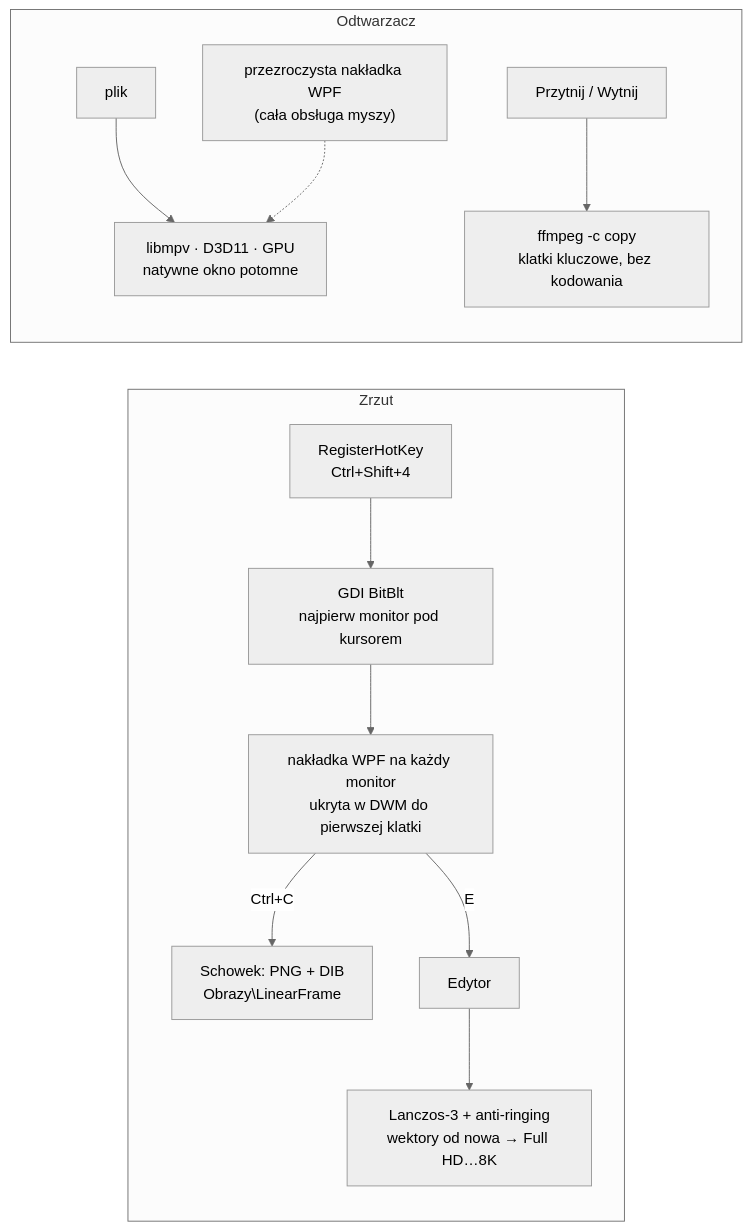
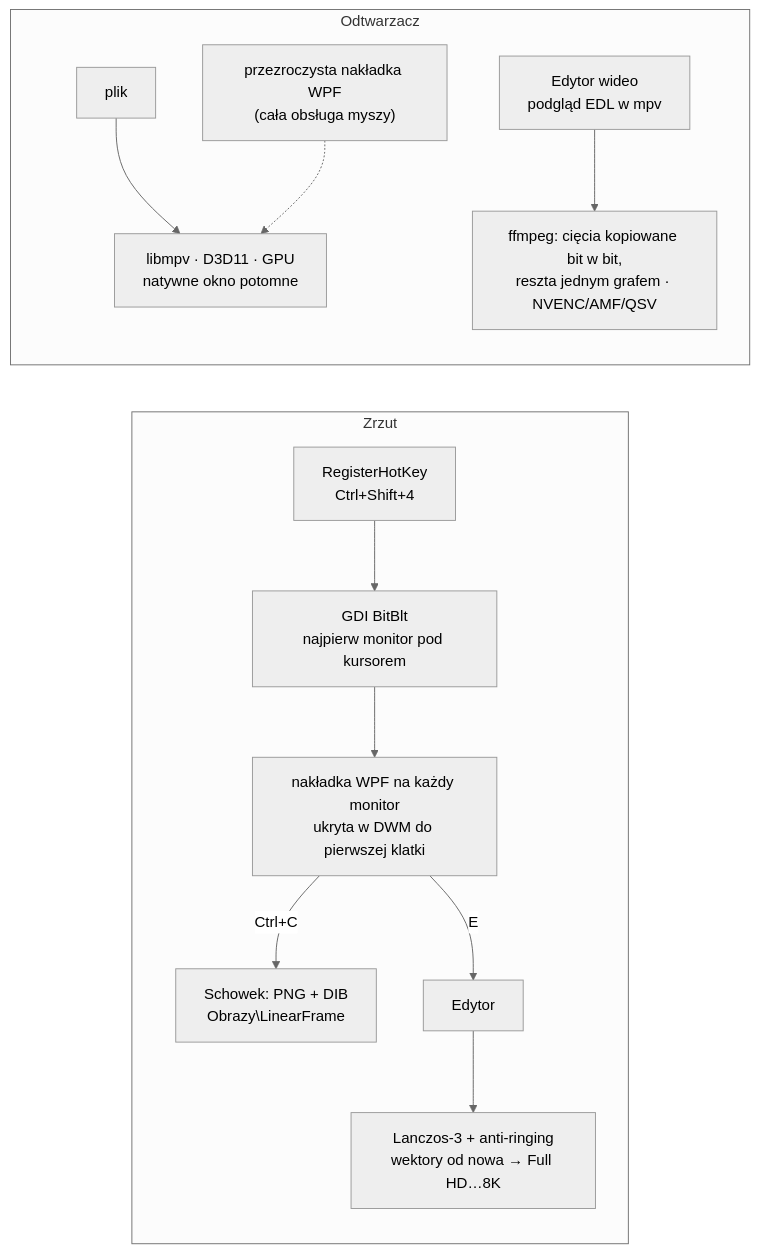
Before and after one commit to striktooo/LinearFrame: the diagram in README.pl.md, drawn with Mermaid (neutral theme). The commit also changed other lines of this file and 44 other files, not shown here.

````diff
--- a/README.pl.md
+++ b/README.pl.md
@@ -125,15 +146,15 @@
 ```mermaid
 flowchart LR
     subgraph Zrzut
       HK["RegisterHotKey<br/>Ctrl+Shift+4"] --> BB["GDI BitBlt<br/>najpierw monitor pod kursorem"]
       BB --> OV["nakładka WPF na każdy monitor<br/>ukryta w DWM do pierwszej klatki"]
       OV -- "Ctrl+C" --> OUT["Schowek: PNG + DIB<br/>Obrazy\LinearFrame"]
       OV -- "E" --> ED["Edytor"]
       ED --> EX["Lanczos-3 + anti-ringing<br/>wektory od nowa → Full HD…8K"]
     end
     subgraph Odtwarzacz
       F["plik"] --> MPV["libmpv · D3D11 · GPU<br/>natywne okno potomne"]
       UI["przezroczysta nakładka WPF<br/>(cała obsługa myszy)"] -.-> MPV
-      ED2["Przytnij / Wytnij"] --> FF["ffmpeg -c copy<br/>klatki kluczowe, bez kodowania"]
+      ED2["Edytor wideo<br/>podgląd EDL w mpv"] --> FF["ffmpeg: cięcia kopiowane bit w bit,<br/>reszta jednym grafem · NVENC/AMF/QSV"]
     end
 ```
````
